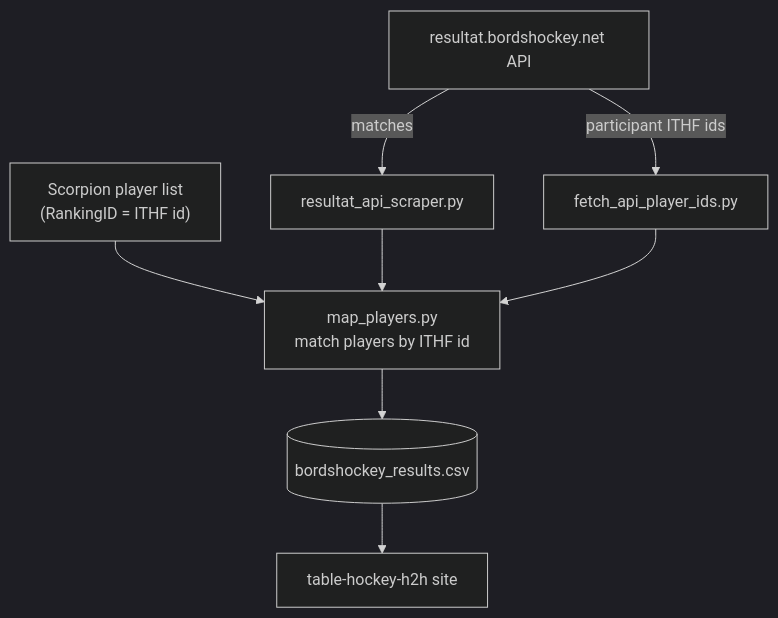
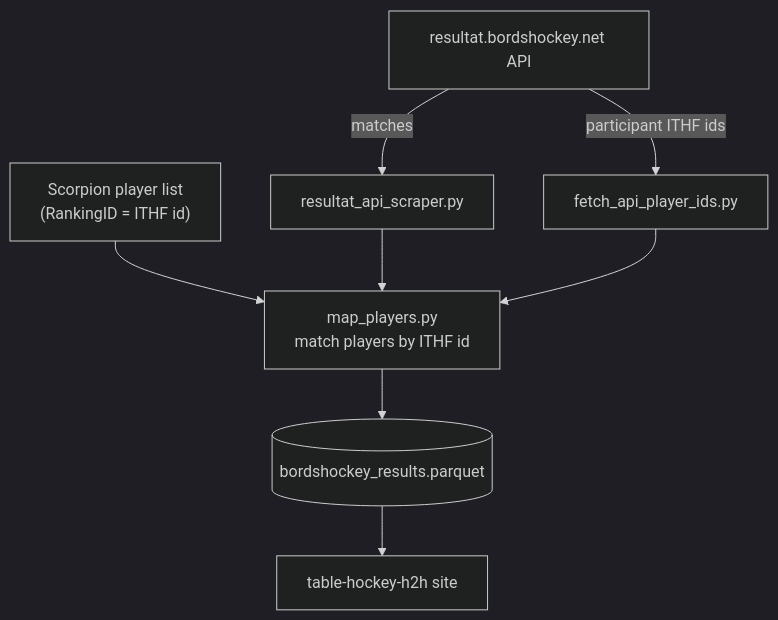
Before and after one commit to amundfylling/bordshockey.net-scraper: the diagram in docs/flow.mmd, drawn with Mermaid (dark theme). The commit also changed 6 other files, not shown here.

First line of the commit message:
Remove the legacy bordshockey_results.csv

```diff
--- a/docs/flow.mmd
+++ b/docs/flow.mmd
@@ -1,8 +1,8 @@
 flowchart TD
     API["resultat.bordshockey.net API"] -->|matches| Fetch["resultat_api_scraper.py"]
     API -->|participant ITHF ids| Ids["fetch_api_player_ids.py"]
     Scorpion["Scorpion player list<br/>(RankingID = ITHF id)"] --> Map
     Fetch --> Map["map_players.py<br/>match players by ITHF id"]
     Ids --> Map
-    Map --> CSV[("bordshockey_results.csv")]
+    Map --> CSV[("bordshockey_results.parquet")]
     CSV --> H2H["table-hockey-h2h site"]
```
